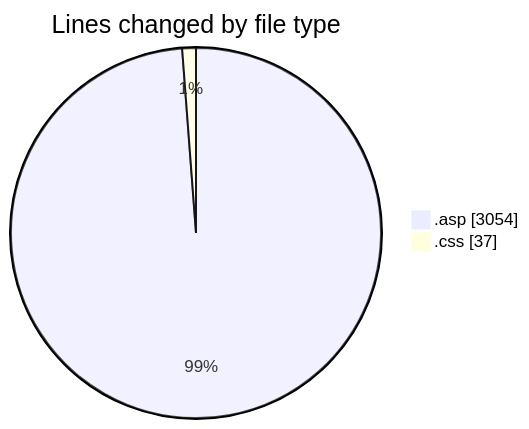
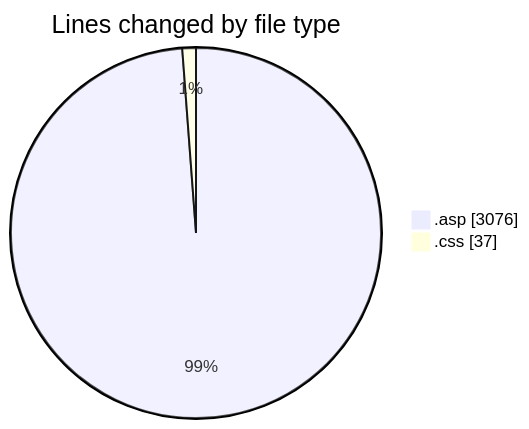
Before and after one commit to julien-gomy/code-tracking: the first of 2 diagrams in 2025-11-02/cdp_aleoudev_fr__workspace_/README.md, drawn with Mermaid. The commit also changed other lines of this file and 1 other file, not shown here.

````diff
--- a/2025-11-02/cdp_aleoudev_fr__workspace_/README.md
+++ b/2025-11-02/cdp_aleoudev_fr__workspace_/README.md
@@ -23,6 +23,6 @@
 ```mermaid
 pie showData
 title Lines changed by file type
-".asp" : 3054
+".asp" : 3076
 ".css" : 37
 ```
````
